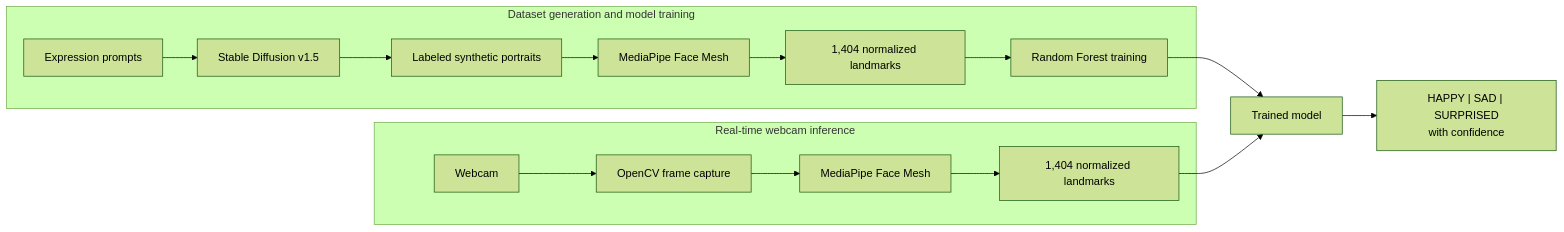
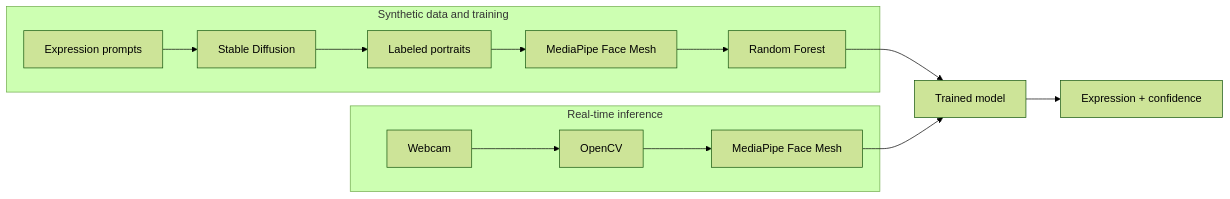
The diagram in README.md (matemink/ExpressionMesh), drawn with Mermaid (forest theme) before and after one commit. The commit also changed other lines of this file, not shown here.

````diff
--- a/README.md
+++ b/README.md
@@ -19,20 +18,18 @@
 ```mermaid
 flowchart LR
-    subgraph Training["Dataset generation and model training"]
-        Prompts["Expression prompts"] --> SD["Stable Diffusion v1.5"]
-        SD --> Dataset["Labeled synthetic portraits"]
+    subgraph Training["Synthetic data and training"]
+        Prompts["Expression prompts"] --> SD["Stable Diffusion"]
+        SD --> Dataset["Labeled portraits"]
         Dataset --> TrainMesh["MediaPipe Face Mesh"]
-        TrainMesh --> TrainFeatures["1,404 normalized landmarks"]
-        TrainFeatures --> Train["Random Forest training"]
+        TrainMesh --> Train["Random Forest"]
     end
 
-    subgraph Runtime["Real-time webcam inference"]
-        Webcam["Webcam"] --> OpenCV["OpenCV frame capture"]
+    subgraph Runtime["Real-time inference"]
+        Webcam["Webcam"] --> OpenCV["OpenCV"]
         OpenCV --> LiveMesh["MediaPipe Face Mesh"]
-        LiveMesh --> LiveFeatures["1,404 normalized landmarks"]
     end
 
     Train --> Model["Trained model"]
-    LiveFeatures --> Model
-    Model --> Result["HAPPY | SAD | SURPRISED<br/>with confidence"]
+    LiveMesh --> Model
+    Model --> Result["Expression + confidence"]
 ```
````
